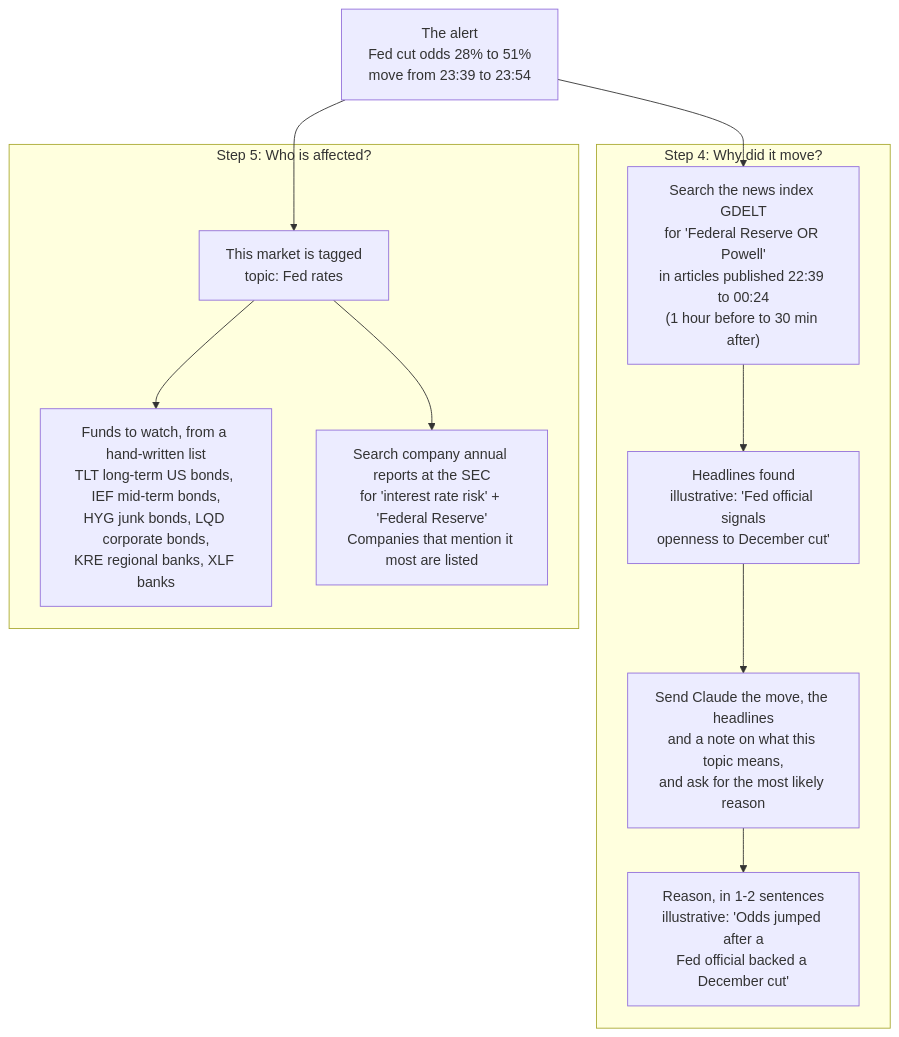
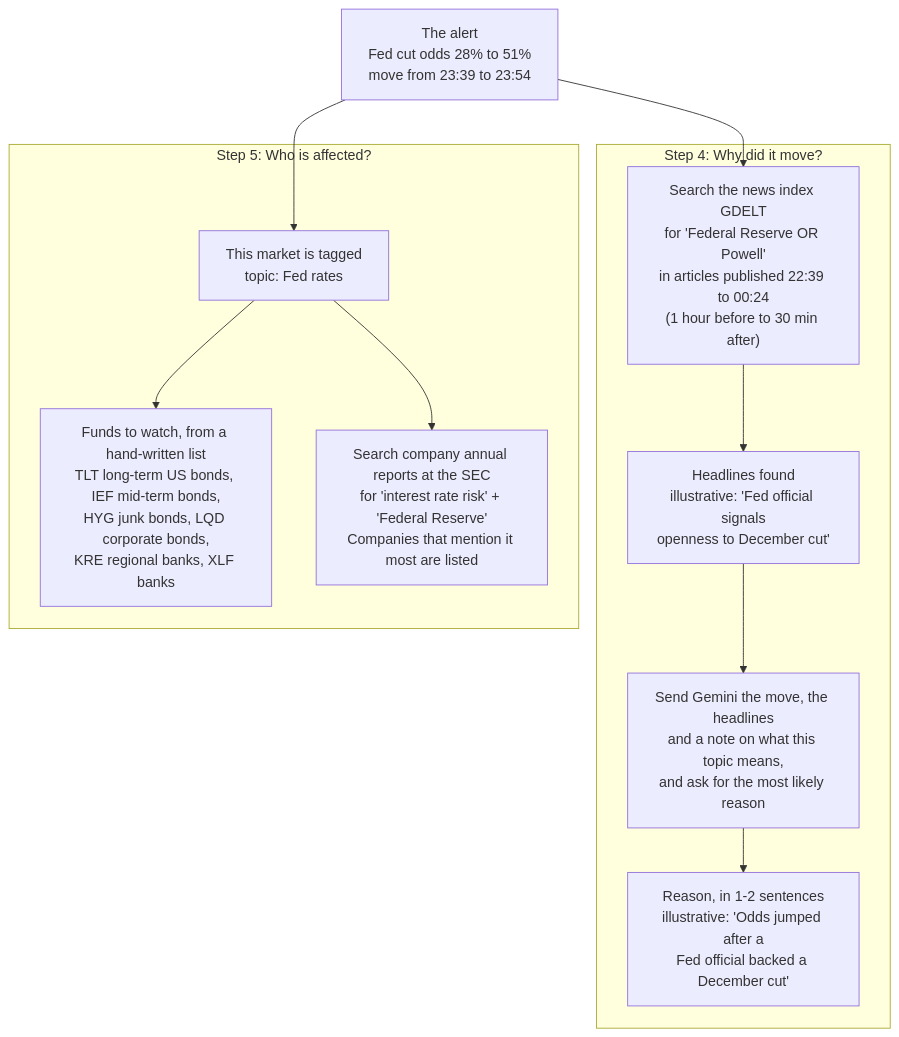
Before and after one commit to ajiangny/dislocation-desk: the third of 4 diagrams in PIPELINE_EXAMPLE.md, drawn with Mermaid. The commit also changed other lines of this file and 7 other files, not shown here.

Commit message:
Swapped model from claude opus to free gemini flash.

````diff
--- a/PIPELINE_EXAMPLE.md
+++ b/PIPELINE_EXAMPLE.md
@@ -138,23 +138,23 @@
 ```mermaid
 flowchart TD
     ALERT["The alert<br/>Fed cut odds 28% to 51%<br/>move from 23:39 to 23:54"]
 
     subgraph WHY ["Step 4: Why did it move?"]
         NEWS["Search the news index GDELT<br/>for 'Federal Reserve OR Powell'<br/>in articles published 22:39 to 00:24<br/>(1 hour before to 30 min after)"]
         HEADS["Headlines found<br/>illustrative: 'Fed official signals<br/>openness to December cut'"]
-        CLAUDE["Send Claude the move, the headlines<br/>and a note on what this topic means,<br/>and ask for the most likely reason"]
+        GEMINI["Send Gemini the move, the headlines<br/>and a note on what this topic means,<br/>and ask for the most likely reason"]
         REASON["Reason, in 1-2 sentences<br/>illustrative: 'Odds jumped after a<br/>Fed official backed a December cut'"]
-        NEWS --> HEADS --> CLAUDE --> REASON
+        NEWS --> HEADS --> GEMINI --> REASON
     end
 
     subgraph WHO ["Step 5: Who is affected?"]
         TOPIC["This market is tagged<br/>topic: Fed rates"]
         FUNDS["Funds to watch, from a hand-written list<br/>TLT long-term US bonds, IEF mid-term bonds,<br/>HYG junk bonds, LQD corporate bonds,<br/>KRE regional banks, XLF banks"]
         SEC["Search company annual reports at the SEC<br/>for 'interest rate risk' + 'Federal Reserve'<br/>Companies that mention it most are listed"]
         TOPIC --> FUNDS
         TOPIC --> SEC
     end
 
     ALERT --> NEWS
     ALERT --> TOPIC
 ```
````
